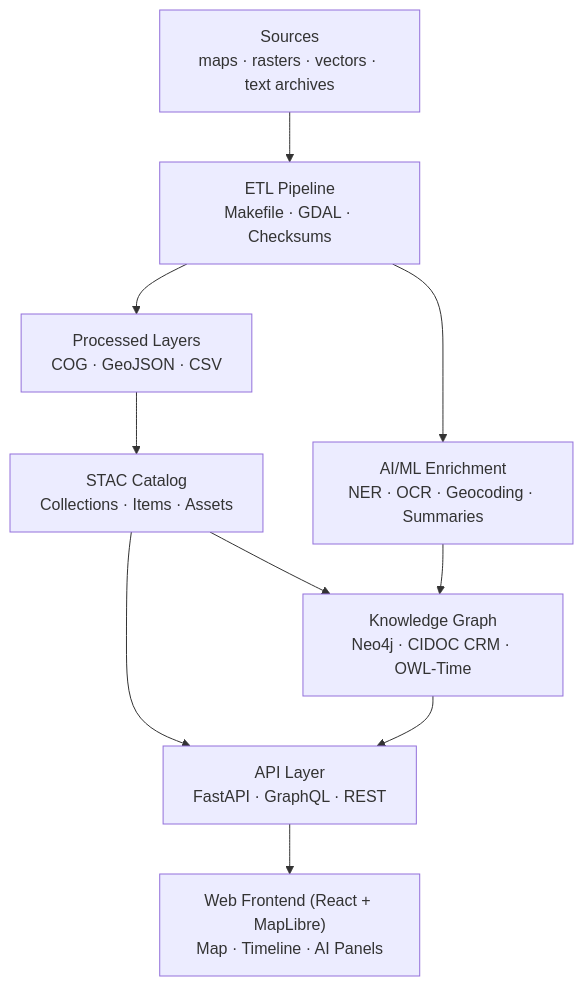
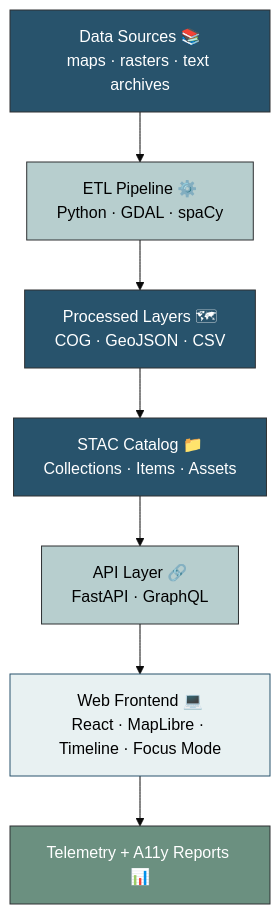
One commit to bartytime4life/Kansas-Frontier-Matrix changed the second of 3 diagrams in web/README.md. Above: the diagram before and after it, drawn with Mermaid. The commit also changed other lines of this file, not shown here.

````diff
--- a/web/README.md
+++ b/web/README.md
@@ -108,13 +189,15 @@
 ```mermaid
+%%{init: {"theme": "base", "themeVariables": { "primaryColor": "#28536C", "primaryTextColor": "#fff"}}}%%
 flowchart TD
-  A["Sources<br/>maps · rasters · vectors · text archives"]
-    --> B["ETL Pipeline<br/>Makefile · GDAL · Checksums"]
-  B --> C["Processed Layers<br/>COG · GeoJSON · CSV"]
-  B --> I["AI/ML Enrichment<br/>NER · OCR · Geocoding · Summaries"]
-  C --> D["STAC Catalog<br/>Collections · Items · Assets"]
-  D --> H["Knowledge Graph<br/>Neo4j · CIDOC CRM · OWL-Time"]
-  I --> H
-  D --> J["API Layer<br/>FastAPI · GraphQL · REST"]
-  H --> J
-  J --> F["Web Frontend (React + MapLibre)<br/>Map · Timeline · AI Panels"]
+  A["Data Sources 📚<br/>maps · rasters · text archives"]:::data
+    --> B["ETL Pipeline ⚙️<br/>Python · GDAL · spaCy"]:::logic
+  B --> C["Processed Layers 🗺<br/>COG · GeoJSON · CSV"]:::data
+  C --> D["STAC Catalog 📁<br/>Collections · Items · Assets"]:::data
+  D --> E["API Layer 🔗<br/>FastAPI · GraphQL"]:::logic
+  E --> F["Web Frontend 💻<br/>React · MapLibre · Timeline · Focus Mode"]:::ui
+  F --> G["Telemetry + A11y Reports 📊"]:::output
+  classDef data fill:#28536C,color:#fff;
+  classDef logic fill:#B7CECE,color:#000;
+  classDef ui fill:#E8F1F2,color:#000,stroke:#28536C;
+  classDef output fill:#6B9080,color:#fff;
 ```
````
